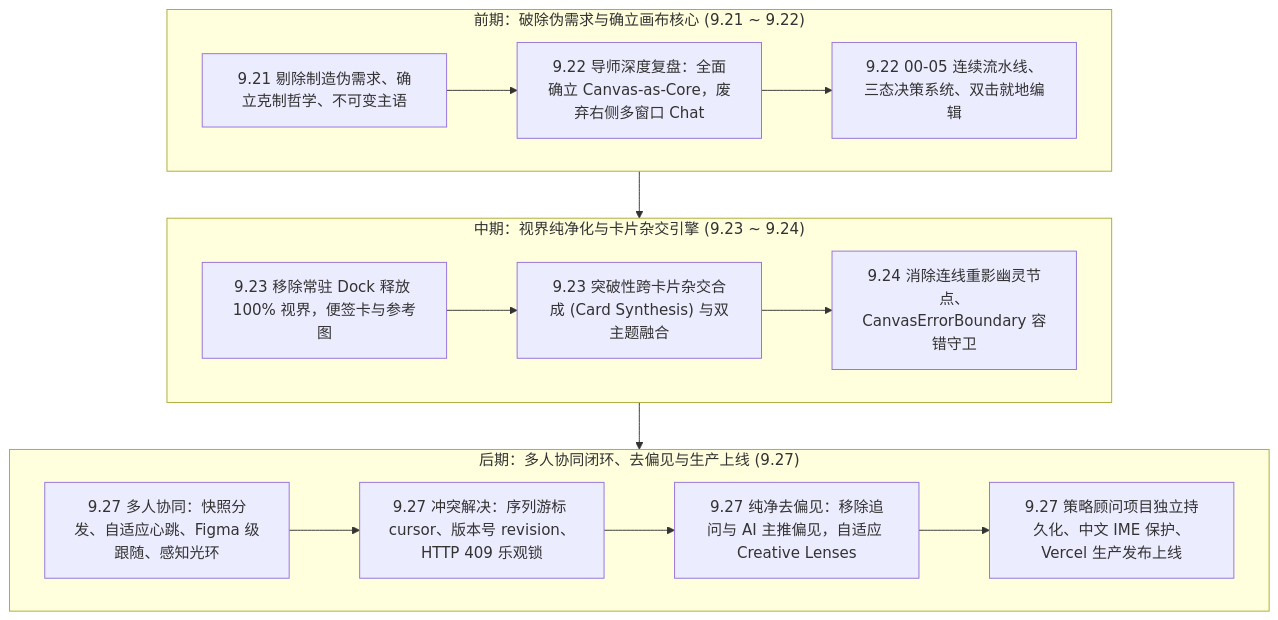
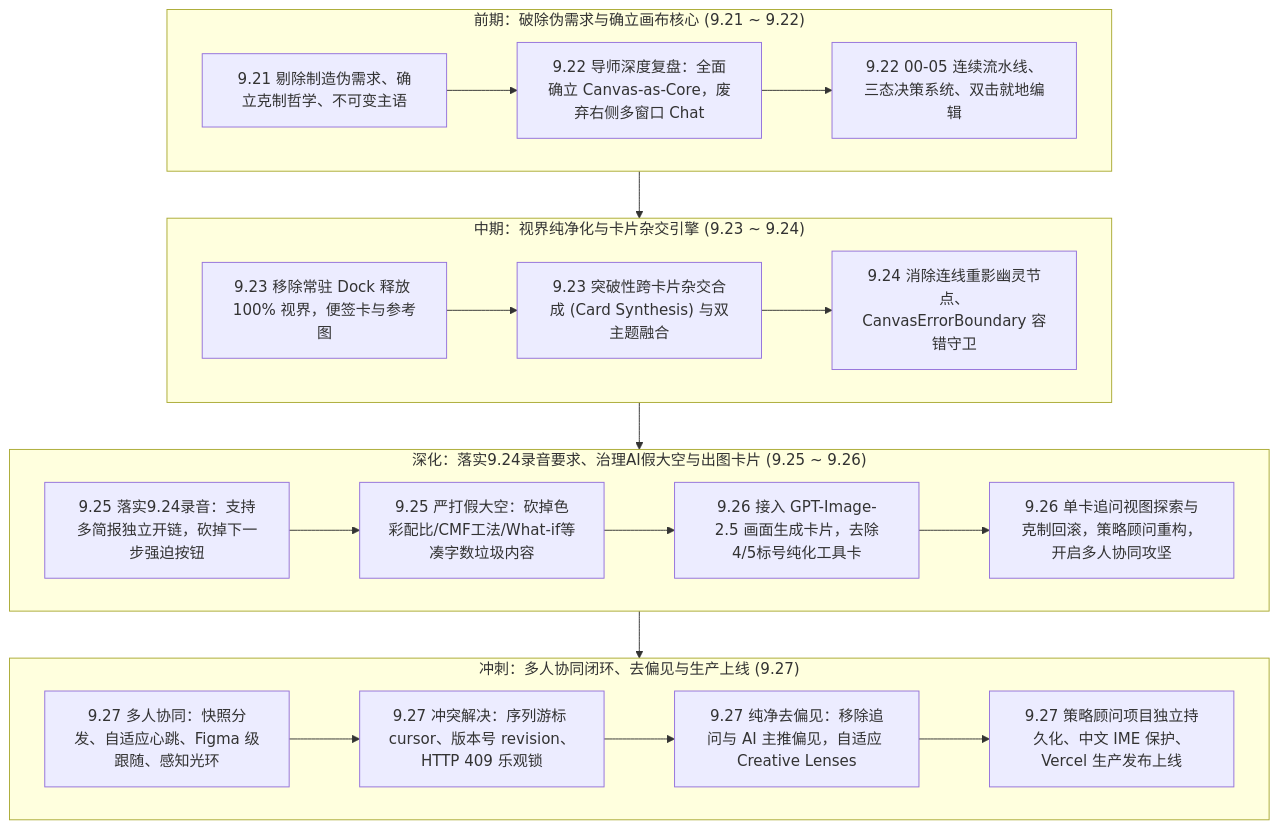
One commit to imLeyson/SIFT-Veribox changed the diagram in docs/SIFT_WEEKLY_ITERATION_LOG_20260921_0927.md. Above: the diagram before and after it, drawn with Mermaid. The commit also changed other lines of this file, not shown here.

````diff
--- a/docs/SIFT_WEEKLY_ITERATION_LOG_20260921_0927.md
+++ b/docs/SIFT_WEEKLY_ITERATION_LOG_20260921_0927.md
@@ -15,26 +15,34 @@
 ```mermaid
 flowchart TD
     subgraph PHASE1["前期：破除伪需求与确立画布核心 (9.21 ~ 9.22)"]
         P1["9.21 剔除制造伪需求、确立克制哲学、不可变主语"]
         P2["9.22 导师深度复盘：全面确立 Canvas-as-Core，废弃右侧多窗口 Chat"]
         P3["9.22 00-05 连续流水线、三态决策系统、双击就地编辑"]
         P1 --> P2 --> P3
     end
 
     subgraph PHASE2["中期：视界纯净化与卡片杂交引擎 (9.23 ~ 9.24)"]
         P4["9.23 移除常驻 Dock 释放 100% 视界，便签卡与参考图"]
         P5["9.23 突破性跨卡片杂交合成 (Card Synthesis) 与双主题融合"]
         P6["9.24 消除连线重影幽灵节点、CanvasErrorBoundary 容错守卫"]
         P4 --> P5 --> P6
     end
 
-    subgraph PHASE3["后期：多人协同闭环、去偏见与生产上线 (9.27)"]
-        P7["9.27 多人协同：快照分发、自适应心跳、Figma 级跟随、感知光环"]
-        P8["9.27 冲突解决：序列游标 cursor、版本号 revision、HTTP 409 乐观锁"]
-        P9["9.27 纯净去偏见：移除追问与 AI 主推偏见，自适应 Creative Lenses"]
-        P10["9.27 策略顾问项目独立持久化、中文 IME 保护、Vercel 生产发布上线"]
+    subgraph PHASE3["深化：落实9.24录音要求、治理AI假大空与出图卡片 (9.25 ~ 9.26)"]
+        P7["9.25 落实9.24录音：支持多简报独立开链，砍掉下一步强迫按钮"]
+        P8["9.25 严打假大空：砍掉色彩配比/CMF工法/What-if等凑字数垃圾内容"]
+        P9["9.26 接入 GPT-Image-2.5 画面生成卡片，去除4/5标号纯化工具卡"]
+        P10["9.26 单卡追问视图探索与克制回滚，策略顾问重构，开启多人协同攻坚"]
         P7 --> P8 --> P9 --> P10
     end
 
-    PHASE1 --> PHASE2 --> PHASE3
+    subgraph PHASE4["冲刺：多人协同闭环、去偏见与生产上线 (9.27)"]
+        P11["9.27 多人协同：快照分发、自适应心跳、Figma 级跟随、感知光环"]
+        P12["9.27 冲突解决：序列游标 cursor、版本号 revision、HTTP 409 乐观锁"]
+        P13["9.27 纯净去偏见：移除追问与 AI 主推偏见，自适应 Creative Lenses"]
+        P14["9.27 策略顾问项目独立持久化、中文 IME 保护、Vercel 生产发布上线"]
+        P11 --> P12 --> P13 --> P14
+    end
+
+    PHASE1 --> PHASE2 --> PHASE3 --> PHASE4
 ```
````
